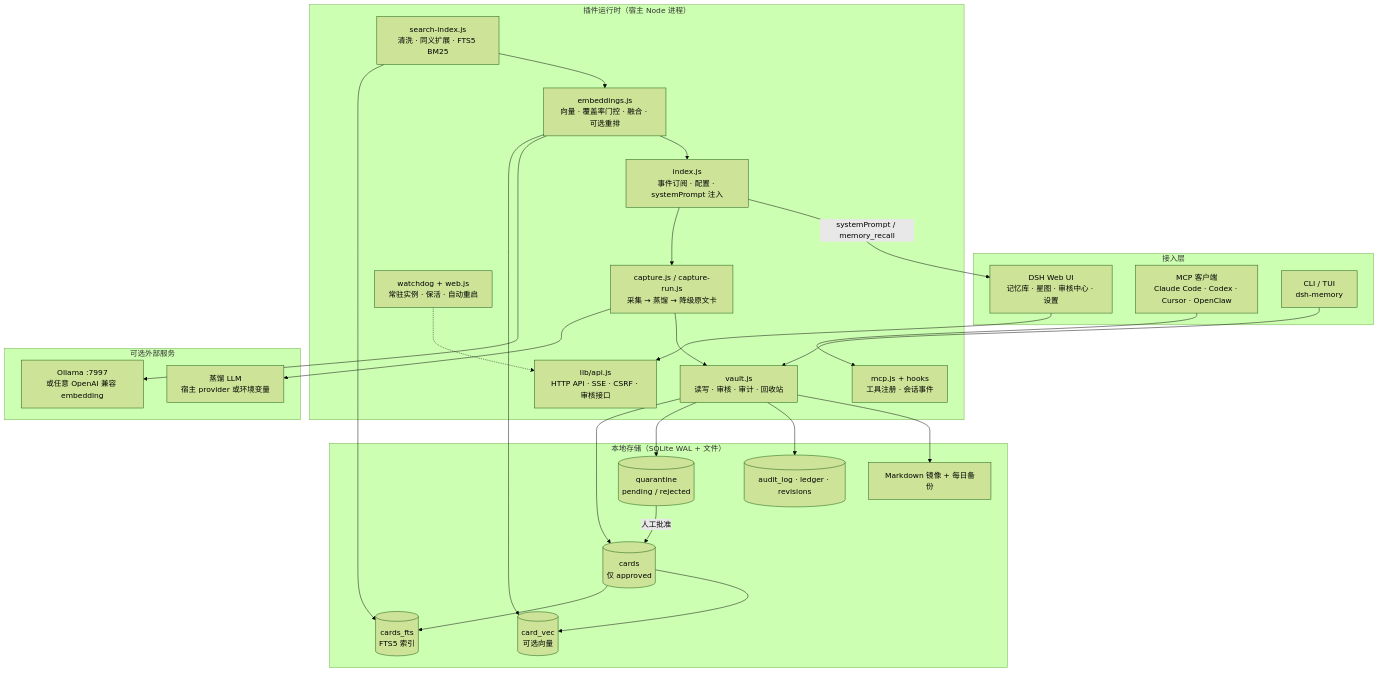
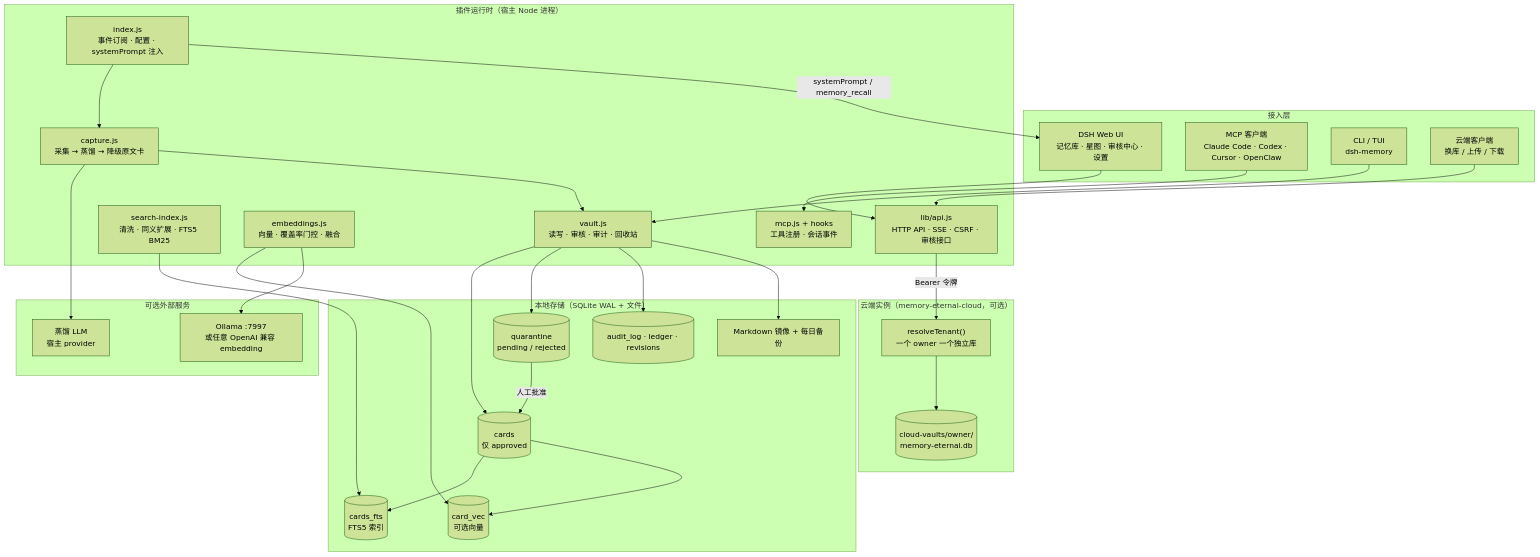
The diagram in README.md (EternalNight996/memory-eternal), drawn with Mermaid (forest theme) before and after one commit. The commit also changed other lines of this file and 92 other files, not shown here.

````diff
--- a/README.md
+++ b/README.md
@@ -140,51 +238,55 @@
 ```mermaid
 flowchart TB
   subgraph IF["接入层"]
     UI["DSH Web UI<br/>记忆库 · 星图 · 审核中心 · 设置"]
     MCPC["MCP 客户端<br/>Claude Code · Codex · Cursor · OpenClaw"]
     CLI["CLI / TUI<br/>dsh-memory"]
+    CLOUDC["云端客户端<br/>换库 / 上传 / 下载"]
   end
   subgraph RT["插件运行时（宿主 Node 进程）"]
     HOST["index.js<br/>事件订阅 · 配置 · systemPrompt 注入"]
     API["lib/api.js<br/>HTTP API · SSE · CSRF · 审核接口"]
-    CAP["capture.js / capture-run.js<br/>采集 → 蒸馏 → 降级原文卡"]
+    CAP["capture.js<br/>采集 → 蒸馏 → 降级原文卡"]
     IDX["search-index.js<br/>清洗 · 同义扩展 · FTS5 BM25"]
-    EMB["embeddings.js<br/>向量 · 覆盖率门控 · 融合 · 可选重排"]
+    EMB["embeddings.js<br/>向量 · 覆盖率门控 · 融合"]
     VAULT["vault.js<br/>读写 · 审核 · 审计 · 回收站"]
     MCPL["mcp.js + hooks<br/>工具注册 · 会话事件"]
-    SRV["watchdog + web.js<br/>常驻实例 · 保活 · 自动重启"]
   end
   subgraph DB["本地存储（SQLite WAL + 文件）"]
     CARDS[("cards<br/>仅 approved")]
     QUAR[("quarantine<br/>pending / rejected")]
     FTS[("cards_fts<br/>FTS5 索引")]
     VEC[("card_vec<br/>可选向量")]
     LOG[("audit_log · ledger · revisions")]
     MD["Markdown 镜像 + 每日备份"]
   end
   subgraph EX["可选外部服务"]
-    LLM["蒸馏 LLM<br/>宿主 provider 或环境变量"]
+    LLM["蒸馏 LLM<br/>宿主 provider"]
     OLL["Ollama :7997<br/>或任意 OpenAI 兼容 embedding"]
+  end
+  subgraph SV["云端实例（memory-eternal-cloud，可选）"]
+    TENANT["resolveTenant()<br/>一个 owner 一个独立库"]
+    CV[("cloud-vaults/owner/<br/>memory-eternal.db")]
   end
 
   UI --> API
   MCPC --> MCPL
   CLI --> VAULT
+  CLOUDC --> API
   HOST --> CAP
   CAP --> LLM
   CAP --> VAULT
   VAULT --> CARDS
   VAULT --> QUAR
   VAULT --> LOG
   QUAR -->|人工批准| CARDS
   CARDS --> FTS
   CARDS --> VEC
   IDX --> FTS
-  IDX --> EMB
   EMB --> VEC
   EMB --> OLL
-  EMB --> HOST
   HOST -->|systemPrompt / memory_recall| UI
   VAULT --> MD
-  SRV -.-> API
+  API -->|Bearer 令牌| TENANT
+  TENANT --> CV
 ```
````
